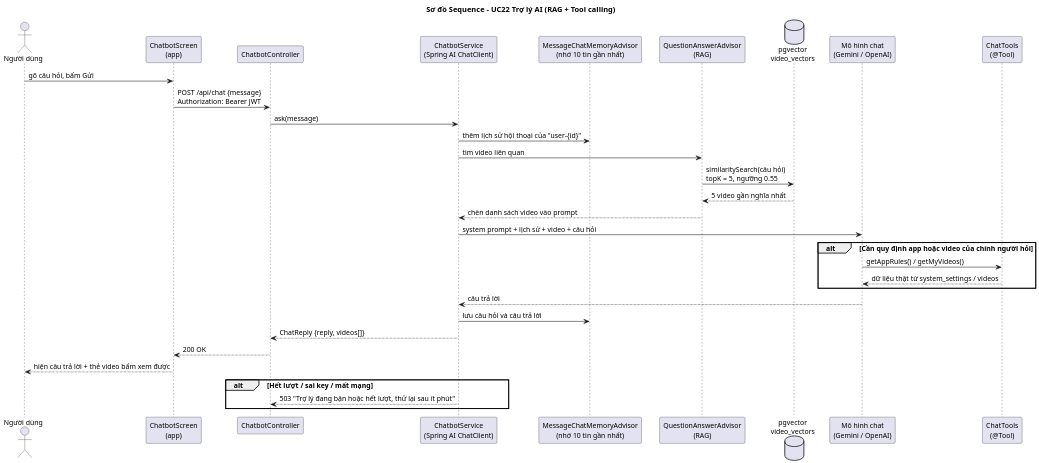
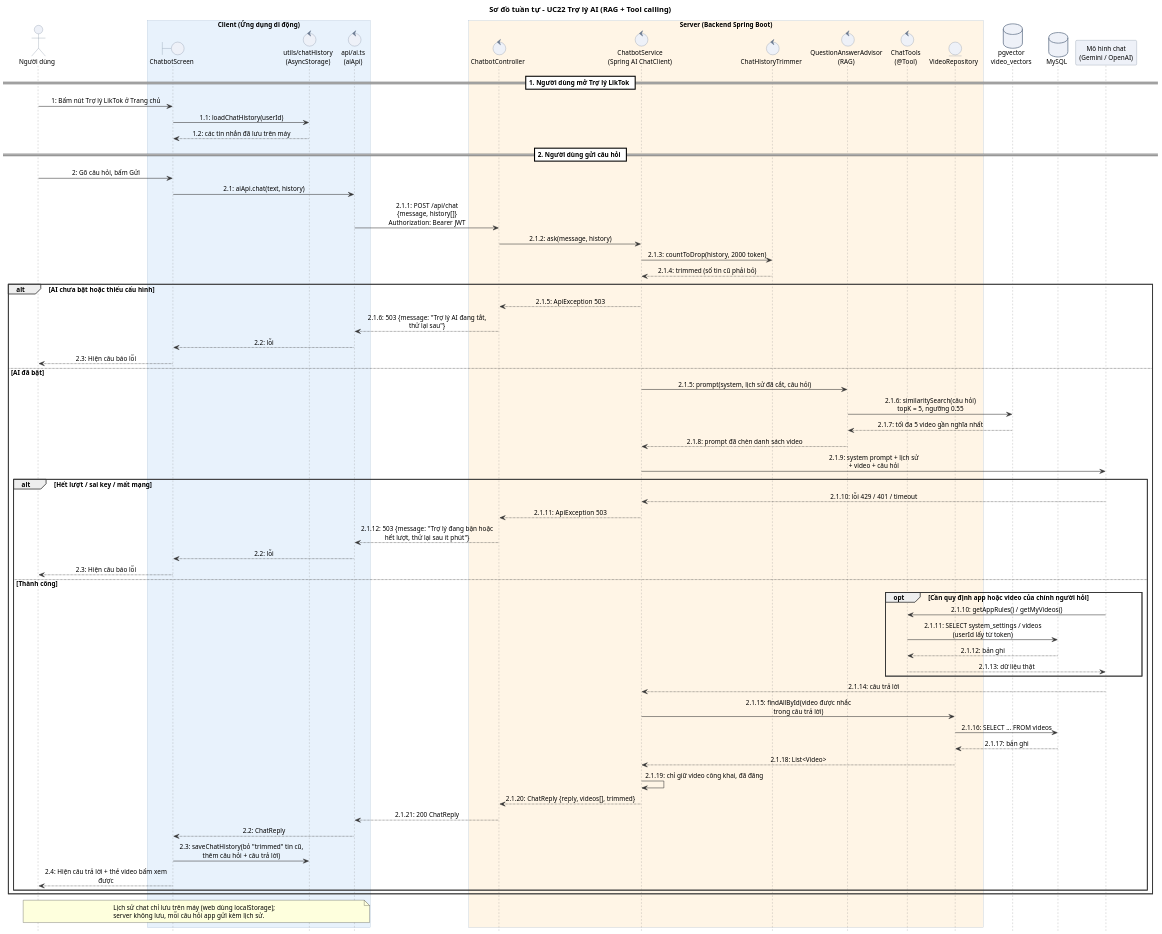
The diagram in docs/uml/seq_chatbot.puml (khanh2925/video-sharing-app), drawn with PlantUML before and after one commit. The commit also changed 10 other files, not shown here.

First line of the commit message:
Tài liệu: vẽ lại 5 sơ đồ tuần tự cùng một kiểu

```diff
--- a/docs/uml/seq_chatbot.puml
+++ b/docs/uml/seq_chatbot.puml
@@ -1,41 +1,108 @@
 @startuml seq_chatbot
 skinparam defaultFontName Arial
-skinparam defaultFontSize 13
+skinparam defaultFontSize 12
 skinparam dpi 150
 skinparam shadowing false
-skinparam ParticipantPadding 12
+skinparam sequenceMessageAlign center
+skinparam responseMessageBelowArrow false
+skinparam maxMessageSize 260
 skinparam BoxPadding 8
-title Sơ đồ Sequence - UC22 Trợ lý AI (RAG + Tool calling)
+skinparam ArrowColor #333333
+skinparam sequence {
+  LifeLineBorderColor #8A8A8A
+  ParticipantBackgroundColor #EEF1F8
+  ParticipantBorderColor #6B7A90
+  ActorBackgroundColor #EEF1F8
+  ActorBorderColor #6B7A90
+  BoxBorderColor #9DB4CF
+  DividerBackgroundColor #FFFFFF
+  GroupBorderColor #333333
+}
+skinparam BoundaryBackgroundColor #EEF1F8
+skinparam BoundaryBorderColor #6B7A90
+skinparam ControlBackgroundColor #EEF1F8
+skinparam ControlBorderColor #6B7A90
+skinparam EntityBackgroundColor #EEF1F8
+skinparam EntityBorderColor #6B7A90
+skinparam DatabaseBackgroundColor #EEF1F8
+skinparam DatabaseBorderColor #6B7A90
+skinparam QueueBackgroundColor #EEF1F8
+skinparam QueueBorderColor #6B7A90
+skinparam CollectionsBackgroundColor #EEF1F8
+skinparam CollectionsBorderColor #6B7A90
+hide footbox
+title Sơ đồ tuần tự - UC22 Trợ lý AI (RAG + Tool calling)
 
 actor "Người dùng" as U
-participant "ChatbotScreen\n(app)" as App
-participant "ChatbotController" as C
-participant "ChatbotService\n(Spring AI ChatClient)" as S
-participant "MessageChatMemoryAdvisor\n(nhớ 10 tin gần nhất)" as M
-participant "QuestionAnswerAdvisor\n(RAG)" as R
+box "Client (Ứng dụng di động)" #E8F2FC
+  boundary "ChatbotScreen" as CS
+  control "utils/chatHistory\n(AsyncStorage)" as H
+  control "api/ai.ts\n(aiApi)" as API
+end box
+box "Server (Backend Spring Boot)" #FFF5E6
+  control "ChatbotController" as CTRL
+  control "ChatbotService\n(Spring AI ChatClient)" as SVC
+  control "ChatHistoryTrimmer" as TR
+  control "QuestionAnswerAdvisor\n(RAG)" as QA
+  control "ChatTools\n(@Tool)" as T
+  entity "VideoRepository" as REPO
+end box
 database "pgvector\nvideo_vectors" as V
+database "MySQL" as DB
 participant "Mô hình chat\n(Gemini / OpenAI)" as LLM
-participant "ChatTools\n(@Tool)" as T
 
-U -> App : gõ câu hỏi, bấm Gửi
-App -> C : POST /api/chat {message}\nAuthorization: Bearer JWT
-C -> S : ask(message)
-S -> M : thêm lịch sử hội thoại của "user-{id}"
-S -> R : tìm video liên quan
-R -> V : similaritySearch(câu hỏi)\ntopK = 5, ngưỡng 0.55
-V --> R : 5 video gần nghĩa nhất
-R --> S : chèn danh sách video vào prompt
-S -> LLM : system prompt + lịch sử + video + câu hỏi
-alt Cần quy định app hoặc video của chính người hỏi
-  LLM -> T : getAppRules() / getMyVideos()
-  T --> LLM : dữ liệu thật từ system_settings / videos
+== 1. Người dùng mở Trợ lý LikTok ==
+U -> CS : 1: Bấm nút Trợ lý LikTok ở Trang chủ
+CS -> H : 1.1: loadChatHistory(userId)
+H --> CS : 1.2: các tin nhắn đã lưu trên máy
+== 2. Người dùng gửi câu hỏi ==
+U -> CS : 2: Gõ câu hỏi, bấm Gửi
+CS -> API : 2.1: aiApi.chat(text, history)
+API -> CTRL : 2.1.1: POST /api/chat\n{message, history[]}\nAuthorization: Bearer JWT
+CTRL -> SVC : 2.1.2: ask(message, history)
+SVC -> TR : 2.1.3: countToDrop(history, 2000 token)
+TR --> SVC : 2.1.4: trimmed (số tin cũ phải bỏ)
+
+alt AI chưa bật hoặc thiếu cấu hình
+  SVC --> CTRL : 2.1.5: ApiException 503
+  CTRL --> API : 2.1.6: 503 {message: "Trợ lý AI đang tắt,\nthử lại sau"}
+  API --> CS : 2.2: lỗi
+  CS --> U : 2.3: Hiện câu báo lỗi
+else AI đã bật
+  SVC -> QA : 2.1.5: prompt(system, lịch sử đã cắt, câu hỏi)
+  QA -> V : 2.1.6: similaritySearch(câu hỏi)\ntopK = 5, ngưỡng 0.55
+  V --> QA : 2.1.7: tối đa 5 video gần nghĩa nhất
+  QA --> SVC : 2.1.8: prompt đã chèn danh sách video
+  SVC -> LLM : 2.1.9: system prompt + lịch sử\n+ video + câu hỏi
+  alt Hết lượt / sai key / mất mạng
+    LLM --> SVC : 2.1.10: lỗi 429 / 401 / timeout
+    SVC --> CTRL : 2.1.11: ApiException 503
+    CTRL --> API : 2.1.12: 503 {message: "Trợ lý đang bận hoặc\nhết lượt, thử lại sau ít phút"}
+    API --> CS : 2.2: lỗi
+    CS --> U : 2.3: Hiện câu báo lỗi
+  else Thành công
+    opt Cần quy định app hoặc video của chính người hỏi
+      LLM -> T : 2.1.10: getAppRules() / getMyVideos()
+      T -> DB : 2.1.11: SELECT system_settings / videos\n(userId lấy từ token)
+      DB --> T : 2.1.12: bản ghi
+      T --> LLM : 2.1.13: dữ liệu thật
+    end
+    LLM --> SVC : 2.1.14: câu trả lời
+    SVC -> REPO : 2.1.15: findAllById(video được nhắc\ntrong câu trả lời)
+    REPO -> DB : 2.1.16: SELECT ... FROM videos
+    DB --> REPO : 2.1.17: bản ghi
+    REPO --> SVC : 2.1.18: List<Video>
+    SVC -> SVC : 2.1.19: chỉ giữ video công khai, đã đăng
+    SVC --> CTRL : 2.1.20: ChatReply {reply, videos[], trimmed}
+    CTRL --> API : 2.1.21: 200 ChatReply
+    API --> CS : 2.2: ChatReply
+    CS -> H : 2.3: saveChatHistory(bỏ "trimmed" tin cũ,\nthêm câu hỏi + câu trả lời)
+    CS --> U : 2.4: Hiện câu trả lời + thẻ video bấm xem được
+  end
 end
-LLM --> S : câu trả lời
-S -> M : lưu câu hỏi và câu trả lời
-S --> C : ChatReply {reply, videos[]}
-C --> App : 200 OK
-App --> U : hiện câu trả lời + thẻ video bấm xem được
-alt Hết lượt / sai key / mất mạng
-  S --> C : 503 "Trợ lý đang bận hoặc hết lượt, thử lại sau ít phút"
-end
+
+note over U, API
+  Lịch sử chat chỉ lưu trên máy (web dùng localStorage);
+  server không lưu, mỗi câu hỏi app gửi kèm lịch sử.
+end note
 @enduml
```
